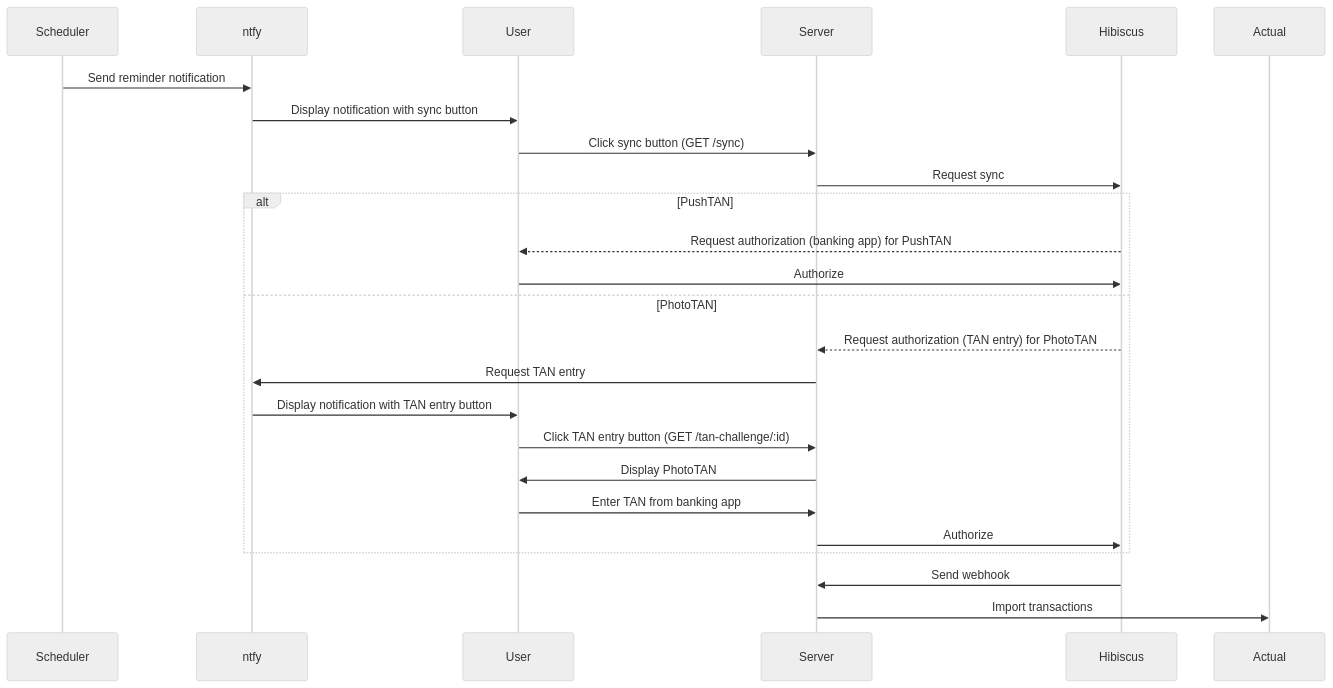
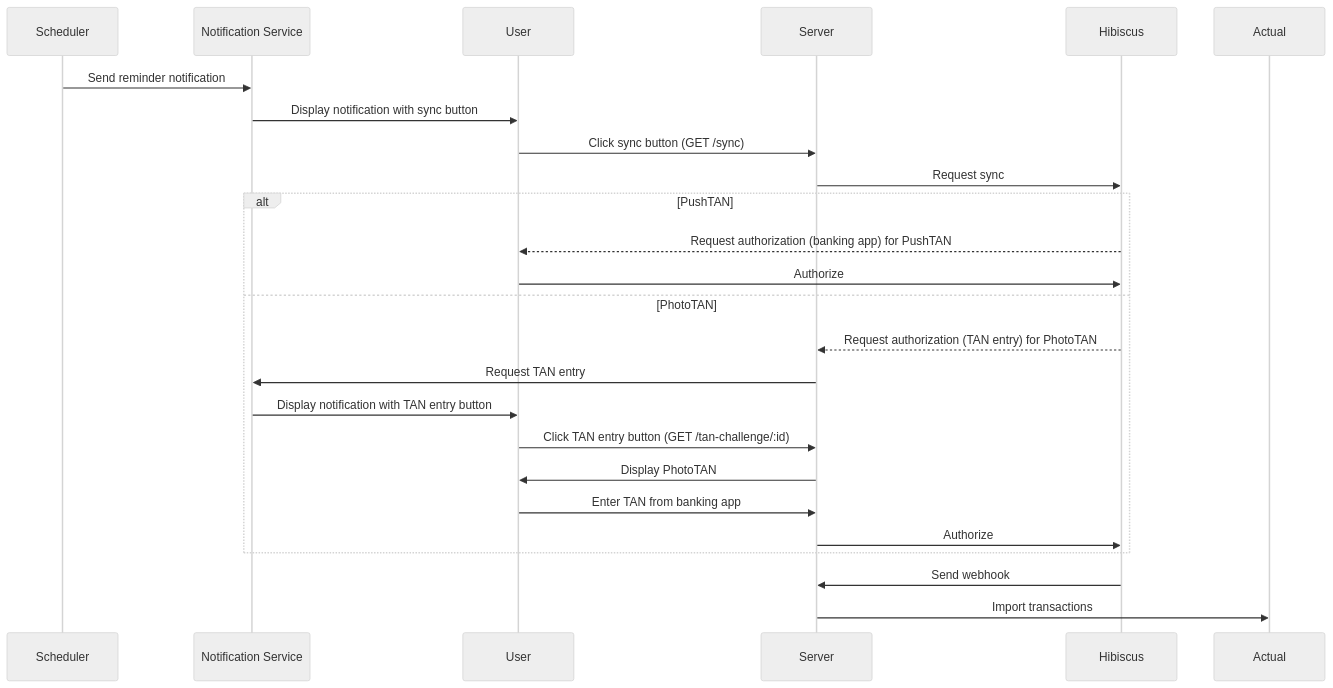
One commit to similicious/hibiscus-actual-budget changed the diagram in README.md. Above: the diagram before and after it, drawn with Mermaid (neutral theme). The commit also changed other lines of this file, not shown here.

````diff
--- a/README.md
+++ b/README.md
@@ -17,28 +17,28 @@
 ```mermaid
 sequenceDiagram
     participant Scheduler
-    participant ntfy
+    participant notifier as Notification Service
     participant User
     participant Server
     participant Hibiscus
     participant Actual
 
-    Scheduler->>ntfy: Send reminder notification
-    ntfy->>User: Display notification with sync button
+    Scheduler->>notifier: Send reminder notification
+    notifier->>User: Display notification with sync button
     User->>Server: Click sync button (GET /sync)
     Server->>Hibiscus: Request sync
     alt PushTAN
       Hibiscus-->>User: Request authorization (banking app) for PushTAN
       User->>Hibiscus: Authorize
     else PhotoTAN
       Hibiscus-->>Server: Request authorization (TAN entry) for PhotoTAN
-      Server->>ntfy: Request TAN entry
-      ntfy->>User: Display notification with TAN entry button
+      Server->>notifier: Request TAN entry
+      notifier->>User: Display notification with TAN entry button
       User->>Server: Click TAN entry button (GET /tan-challenge/:id)
       Server->>User: Display PhotoTAN
       User->>Server: Enter TAN from banking app
       Server->>Hibiscus: Authorize
     end
     Hibiscus->>Server: Send webhook
     Server->>Actual: Import transactions
 ```
````
